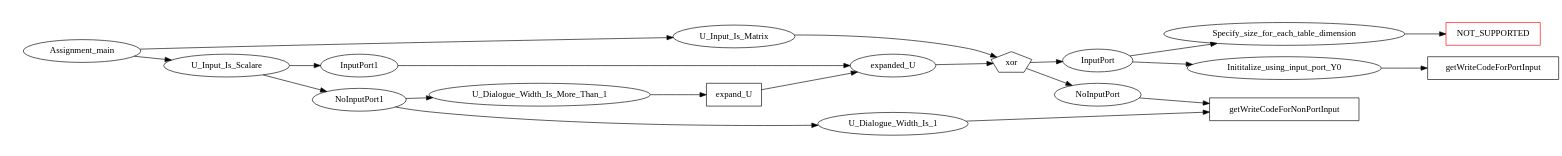
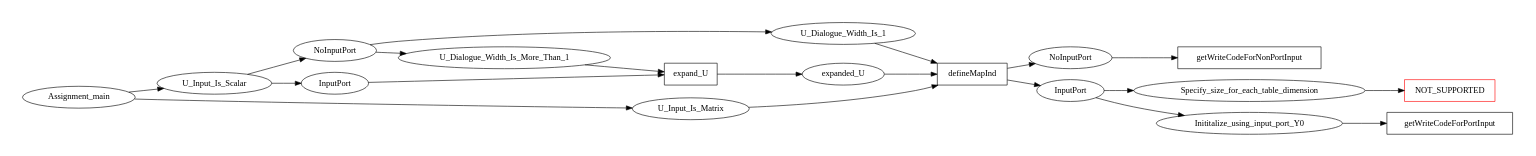
One commit to NASA-SW-VnV/CoCoSim changed the diagram in doc/ToLustre_doc/variationGraph/Assignment_To_Lustre.dot. Above: the diagram before and after it, drawn with Graphviz. The commit also changed 3 other files, not shown here.

Commit message:
update Assignment variation graph

```diff
--- a/doc/ToLustre_doc/variationGraph/Assignment_To_Lustre.dot
+++ b/doc/ToLustre_doc/variationGraph/Assignment_To_Lustre.dot
@@ -1,68 +1,69 @@
 digraph Assignment {
         rankdir=LR;
         size="8,5"
         node [shape = polygon, sides=5];
 
 
         Assignment_main [shape=ellipse];
-        U_Input_Is_Scalare [shape=ellipse];
+        U_Input_Is_Scalar [shape=ellipse];
         U_Input_Is_Matrix [shape=ellipse];
         NoInputPort [shape=ellipse];
         getWriteCodeForNonPortInput [shape=box];
         getWriteCodeForPortInput [shape=box];
         InputPort [shape=ellipse];
         Inititalize_using_input_port_Y0 [shape=ellipse];
         Specify_size_for_each_table_dimension [shape=ellipse];
         NOT_SUPPORTED [shape=box, color=red];
+        defineMapInd [shape=box];
 
 
-        NoInputPort1 [shape=ellipse];
-        InputPort1 [shape=ellipse];
+        NoInputPort1 [shape=ellipse, label=NoInputPort];
+        InputPort1 [shape=ellipse, label=InputPort];
         
         expand_U [shape=box];
         U_Dialogue_Width_Is_More_Than_1 [shape=ellipse];
         U_Dialogue_Width_Is_1 [shape=ellipse];
 
         expanded_U [shape=ellipse];
 
         
 
 
         Assignment_main -> U_Input_Is_Matrix 
-        Assignment_main -> U_Input_Is_Scalare
+        Assignment_main -> U_Input_Is_Scalar
 
-        //U_Input_Is_Scalare case
-        U_Input_Is_Scalare -> NoInputPort1
-        U_Input_Is_Scalare -> InputPort1
-        InputPort1 -> expanded_U
+        //U_Input_Is_Scalar case
+        U_Input_Is_Scalar -> NoInputPort1
+        U_Input_Is_Scalar -> InputPort1
+        InputPort1 -> expand_U
         //U_Input_Is_Matrix case 
         NoInputPort -> getWriteCodeForNonPortInput
-        expanded_U -> xor
-        U_Input_Is_Matrix -> xor
-        xor ->  InputPort
-        xor ->  NoInputPort
+        expanded_U -> defineMapInd
+        U_Input_Is_Matrix -> defineMapInd
+        defineMapInd ->  InputPort
+        defineMapInd ->  NoInputPort
         InputPort ->  Inititalize_using_input_port_Y0
         Inititalize_using_input_port_Y0 ->  getWriteCodeForPortInput
 
         InputPort ->  Specify_size_for_each_table_dimension
         Specify_size_for_each_table_dimension ->  NOT_SUPPORTED
 
         NoInputPort1 -> U_Dialogue_Width_Is_1
-        U_Dialogue_Width_Is_1 -> getWriteCodeForNonPortInput
+        U_Dialogue_Width_Is_1 -> defineMapInd
 
         NoInputPort1 -> U_Dialogue_Width_Is_More_Than_1
         U_Dialogue_Width_Is_More_Than_1 ->  expand_U
         expand_U ->  expanded_U
 
 
 
         
         
 
 
 
 
 
 
 
 }
```
